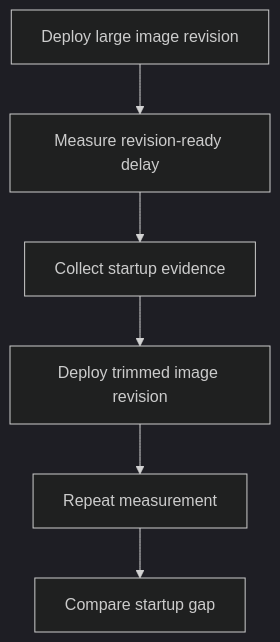
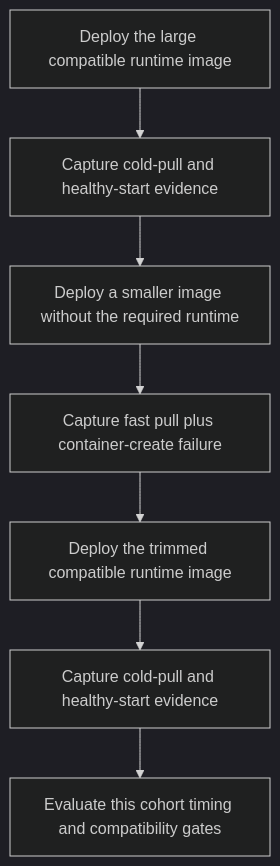
The diagram in docs/troubleshooting/lab-guides/image-size-startup-delay.md (yeongseon/azure-container-apps-practical-guide), drawn with Mermaid (dark theme) before and after one commit. The commit also changed other lines of this file and 23 other files, not shown here.

Commit message:
docs(diagrams): migrate the first lab-guide diagram batch (#625)

````diff
--- a/docs/troubleshooting/lab-guides/image-size-startup-delay.md
+++ b/docs/troubleshooting/lab-guides/image-size-startup-delay.md
@@ -50,8 +50,9 @@
 ```mermaid
 flowchart TD
-    A[Deploy large image revision] --> B[Measure revision-ready delay]
-    B --> C[Collect startup evidence]
-    C --> D[Deploy trimmed image revision]
-    D --> E[Repeat measurement]
-    E --> F[Compare startup gap]
+    LARGE[Deploy the large compatible runtime image] --> LARGE_EVIDENCE[Capture cold-pull and healthy-start evidence]
+    LARGE_EVIDENCE --> MISMATCH[Deploy a smaller image without the required runtime]
+    MISMATCH --> MISMATCH_EVIDENCE[Capture fast pull plus container-create failure]
+    MISMATCH_EVIDENCE --> SMALL[Deploy the trimmed compatible runtime image]
+    SMALL --> SMALL_EVIDENCE[Capture cold-pull and healthy-start evidence]
+    SMALL_EVIDENCE --> COMPARE[Evaluate this cohort timing and compatibility gates]
 ```
````
